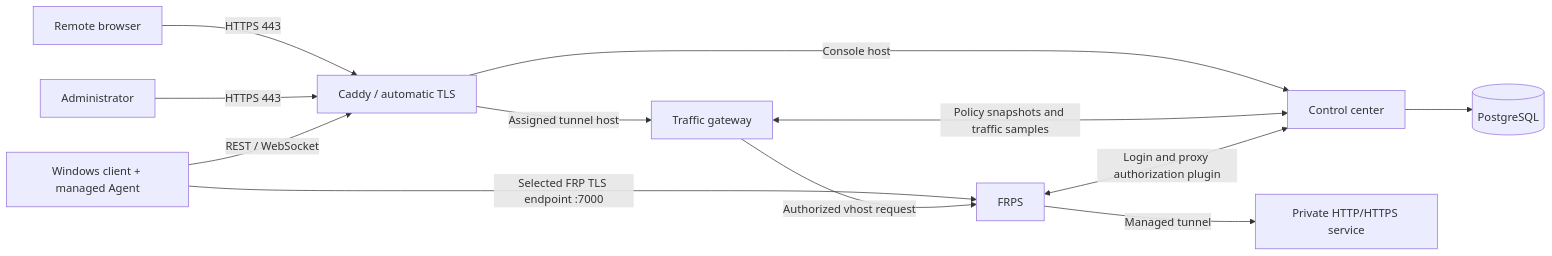
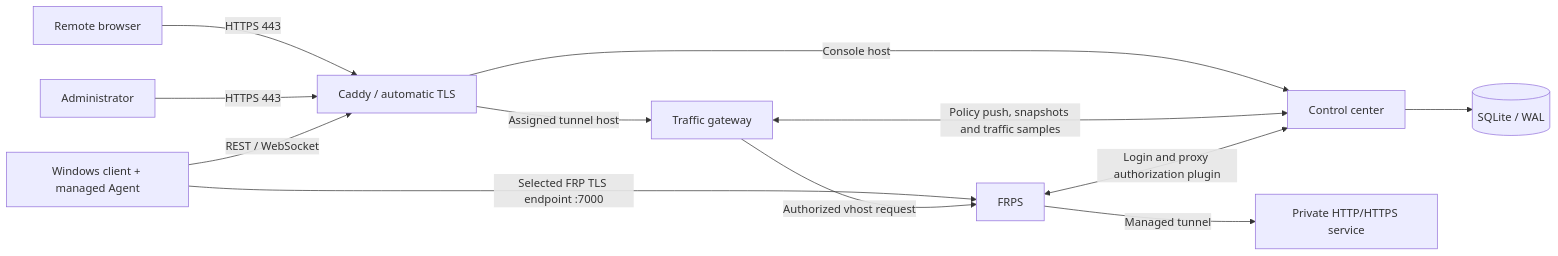
One commit to ZHanry/home-tunnel-server changed the diagram in docs/ARCHITECTURE.md. Above: the diagram before and after it, drawn with Mermaid. The commit also changed other lines of this file and 51 other files, not shown here.

Commit message:
Lighten server deployment with SQLite and policy push

````diff
--- a/docs/ARCHITECTURE.md
+++ b/docs/ARCHITECTURE.md
@@ -5,14 +5,14 @@
 ```mermaid
 flowchart LR
     Visitor["Remote browser"] -->|"HTTPS 443"| Caddy["Caddy / automatic TLS"]
     Admin["Administrator"] -->|"HTTPS 443"| Caddy
     Client["Windows client + managed Agent"] -->|"REST / WebSocket"| Caddy
     Client -->|"Selected FRP TLS endpoint :7000"| FRPS["FRPS"]
     Caddy -->|"Console host"| Control["Control center"]
     Caddy -->|"Assigned tunnel host"| Gateway["Traffic gateway"]
     Gateway -->|"Authorized vhost request"| FRPS
     FRPS -->|"Managed tunnel"| Local["Private HTTP/HTTPS service"]
-    Control --> PostgreSQL[("PostgreSQL")]
-    Gateway <-->|"Policy snapshots and traffic samples"| Control
+    Control --> SQLite[("SQLite / WAL")]
+    Gateway <-->|"Policy push, snapshots and traffic samples"| Control
     FRPS <-->|"Login and proxy authorization plugin"| Control
 ```
````
